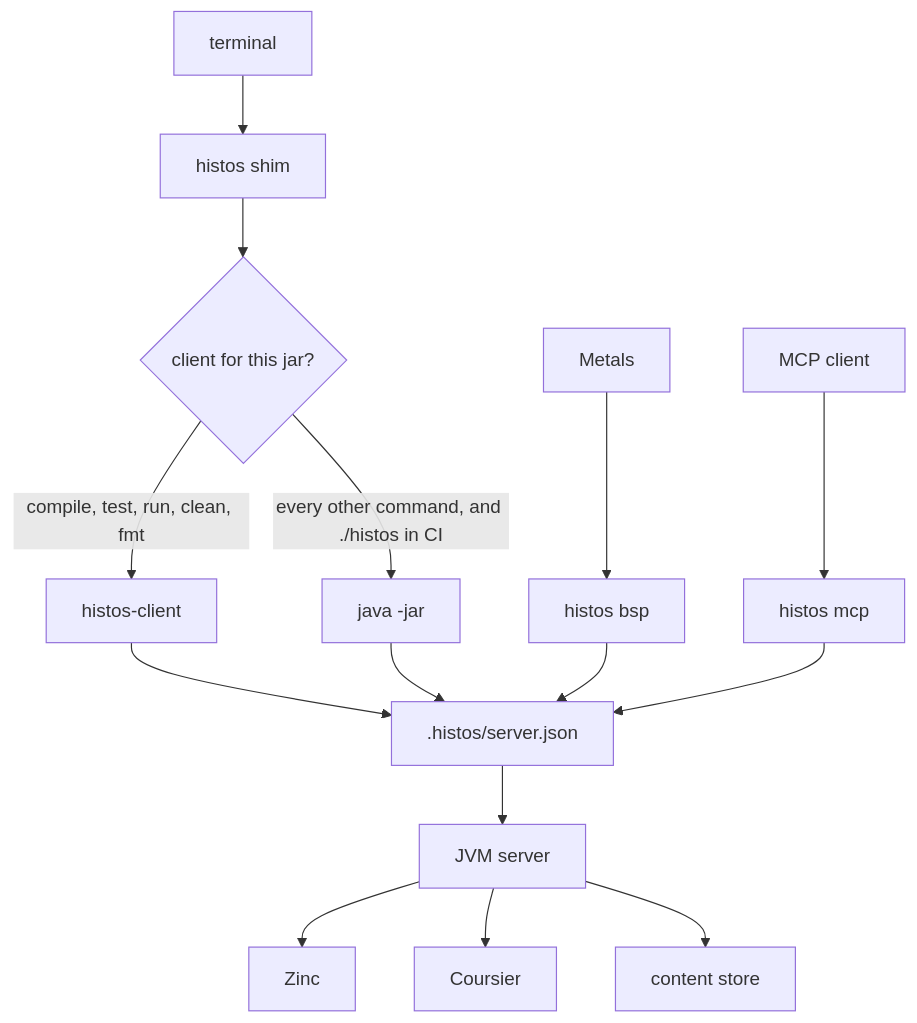
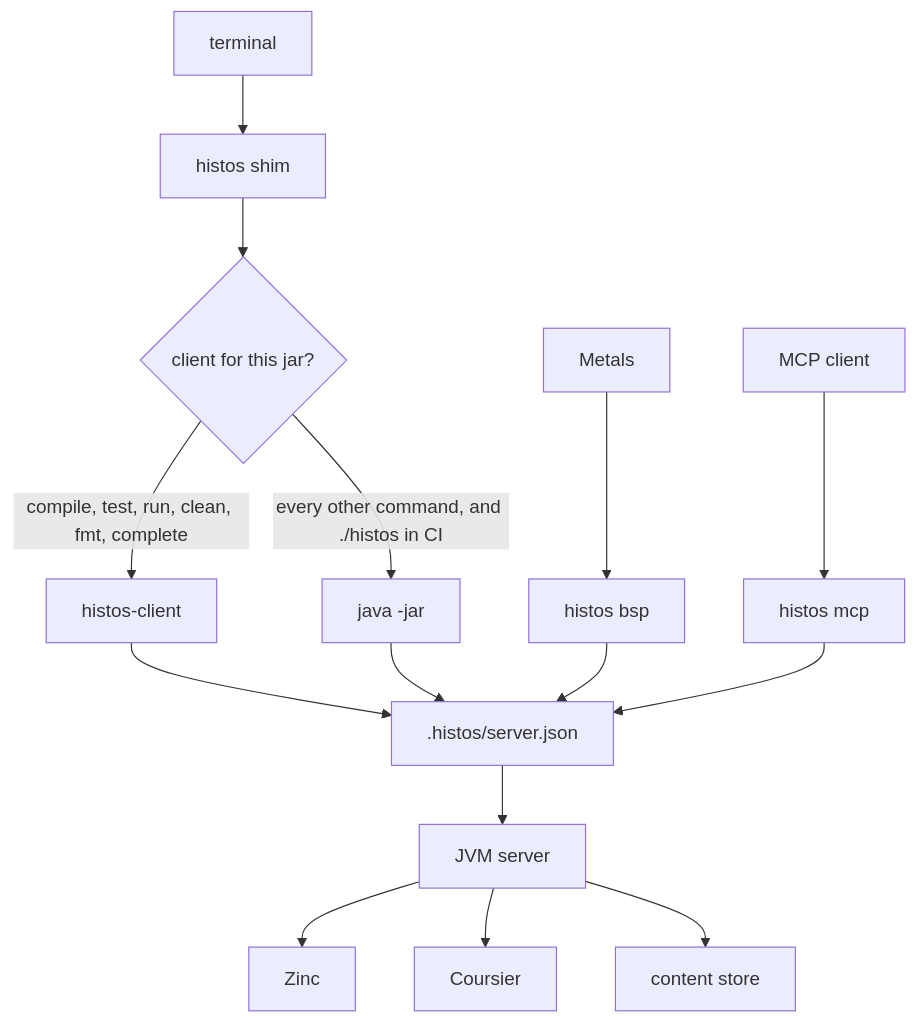
Before and after one commit to early-effect/histos: the diagram in README.md, drawn with Mermaid. The commit also changed other lines of this file and 25 other files, not shown here.

First line of the commit message:
Complete histos commands in zsh and bash. (#252)

````diff
--- a/README.md
+++ b/README.md
@@ -5,17 +5,17 @@
 ```mermaid
 flowchart TD
   person[terminal] --> shim[histos shim]
   metals[Metals] --> bsp["histos bsp"]
   agent[MCP client] --> mcp["histos mcp"]
   shim --> pick{client for this jar?}
-  pick -->|compile, test, run, clean, fmt| native[histos-client]
+  pick -->|compile, test, run, clean, fmt, complete| native[histos-client]
   pick -->|every other command, and ./histos in CI| jar["java -jar"]
   native --> record[".histos/server.json"]
   jar --> record
   bsp --> record
   mcp --> record
   record --> jvm[JVM server]
   jvm --> zinc[Zinc]
   jvm --> coursier[Coursier]
   jvm --> store[content store]
 ```
````
